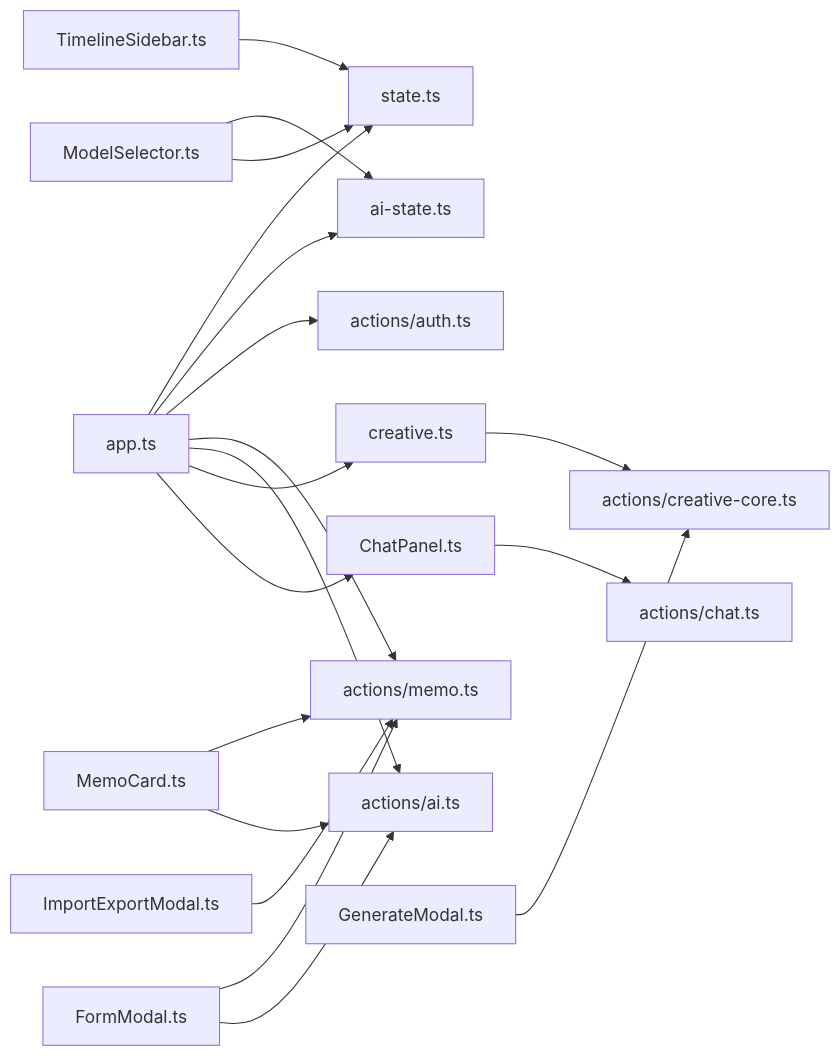
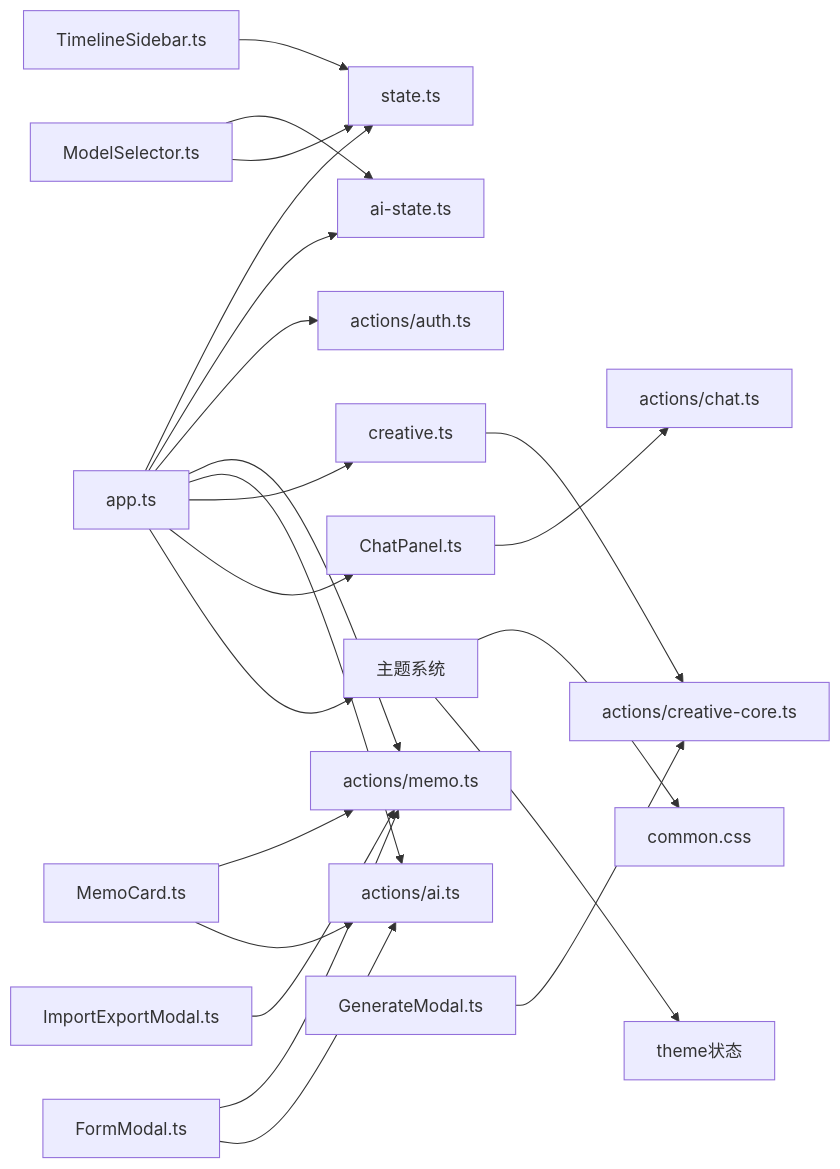
Before and after one commit to BlackBoxRecorder/memos: diagram 17 of 17 in .qoder/repowiki/zh/content/前端应用/Admin管理界面/Admin管理界面.md, drawn with Mermaid. The commit also changed other lines of this file and 30 other files, not shown here.

````diff
--- a/.qoder/repowiki/zh/content/前端应用/Admin管理界面/Admin管理界面.md
+++ b/.qoder/repowiki/zh/content/前端应用/Admin管理界面/Admin管理界面.md
@@ -519,21 +676,24 @@
 ```mermaid
 graph LR
 APP["app.ts"] --> STATE["state.ts"]
 APP --> AI_STATE["ai-state.ts"]
 APP --> AUTH_ACT["actions/auth.ts"]
 APP --> MEMO_ACT["actions/memo.ts"]
 APP --> AI_ACT["actions/ai.ts"]
 APP --> CREATIVE["creative.ts"]
 APP --> CHATPANEL["ChatPanel.ts"]
+APP --> THEME["主题系统"]
 CREATIVE --> CREATIVE_ACT["actions/creative-core.ts"]
 CHATPANEL --> CHAT_ACT["actions/chat.ts"]
 MEMOCARD["MemoCard.ts"] --> MEMO_ACT
 MEMOCARD --> AI_ACT
 FORMMODAL["FormModal.ts"] --> MEMO_ACT
 FORMMODAL --> AI_ACT
 TIMELINE["TimelineSidebar.ts"] --> STATE
 MODELSEL["ModelSelector.ts"] --> AI_STATE
 MODELSEL --> STATE
 IMPORTMODAL["ImportExportModal.ts"] --> MEMO_ACT
 GENMODAL["GenerateModal.ts"] --> CREATIVE_ACT
+THEME --> COMMON_CSS["common.css"]
+THEME --> THEME_STATE["theme状态"]
 ```
````
